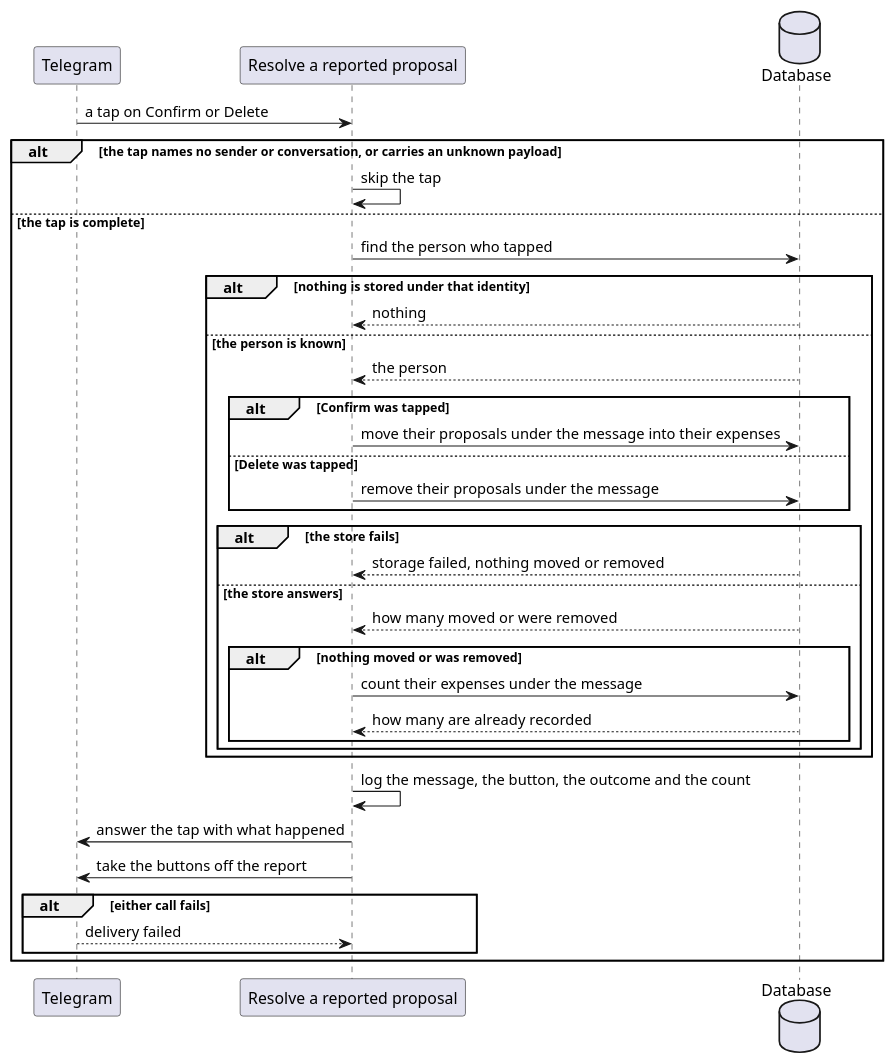
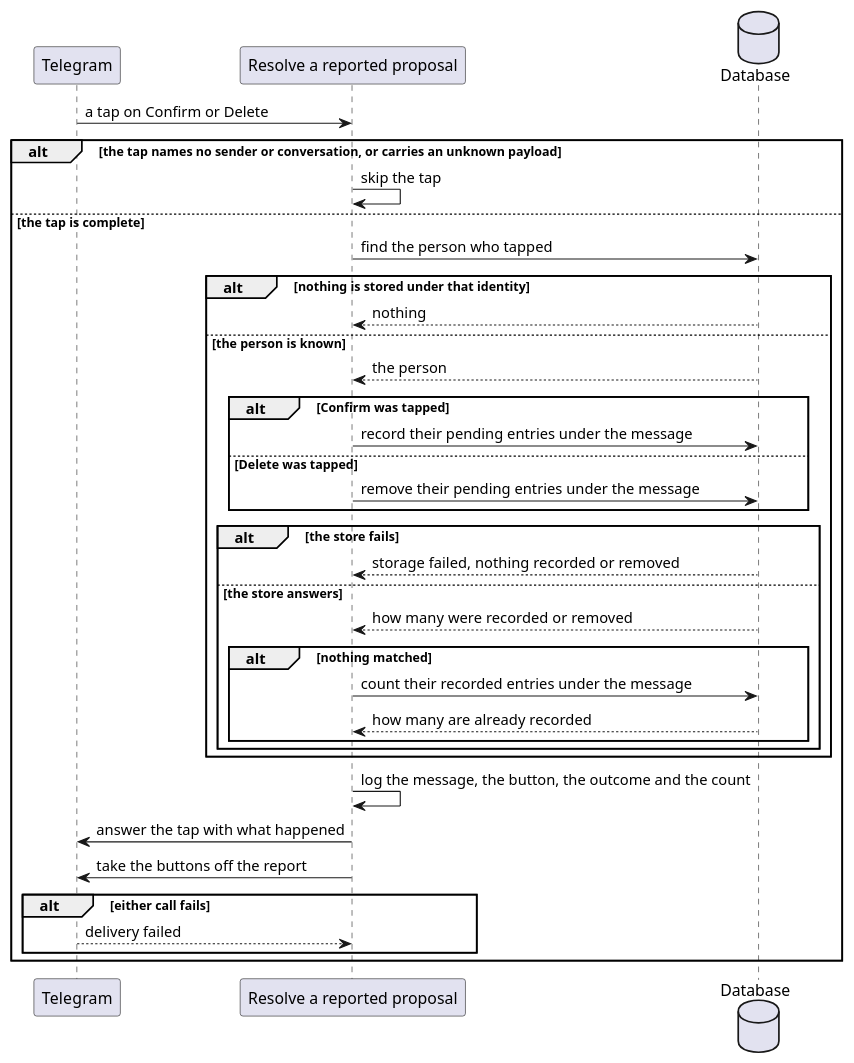
The second of 2 diagrams in ledger-service/docs/usecases/resolve-a-reported-proposal.md (ds-usova/finance-bot), drawn with PlantUML before and after one commit. The commit also changed other lines of this file and 27 other files, not shown here.

````diff
--- a/ledger-service/docs/usecases/resolve-a-reported-proposal.md
+++ b/ledger-service/docs/usecases/resolve-a-reported-proposal.md
@@ -95,40 +96,40 @@
 ```plantuml
 @startuml ResolveAReportedProposal-Sequence
 participant "Telegram" as TG
 participant "Resolve a reported proposal" as UC
 database "Database" as DB
 
 TG -> UC : a tap on Confirm or Delete
 
 alt the tap names no sender or conversation, or carries an unknown payload
   UC -> UC : skip the tap
 else the tap is complete
   UC -> DB : find the person who tapped
   alt nothing is stored under that identity
     DB --> UC : nothing
   else the person is known
     DB --> UC : the person
     alt Confirm was tapped
-      UC -> DB : move their proposals under the message into their expenses
+      UC -> DB : record their pending entries under the message
     else Delete was tapped
-      UC -> DB : remove their proposals under the message
+      UC -> DB : remove their pending entries under the message
     end
     alt the store fails
-      DB --> UC : storage failed, nothing moved or removed
+      DB --> UC : storage failed, nothing recorded or removed
     else the store answers
-      DB --> UC : how many moved or were removed
-      alt nothing moved or was removed
-        UC -> DB : count their expenses under the message
+      DB --> UC : how many were recorded or removed
+      alt nothing matched
+        UC -> DB : count their recorded entries under the message
         DB --> UC : how many are already recorded
       end
     end
   end
   UC -> UC : log the message, the button, the outcome and the count
   UC -> TG : answer the tap with what happened
   UC -> TG : take the buttons off the report
   alt either call fails
     TG --> UC : delivery failed
   end
 end
 @enduml
 ```
````
